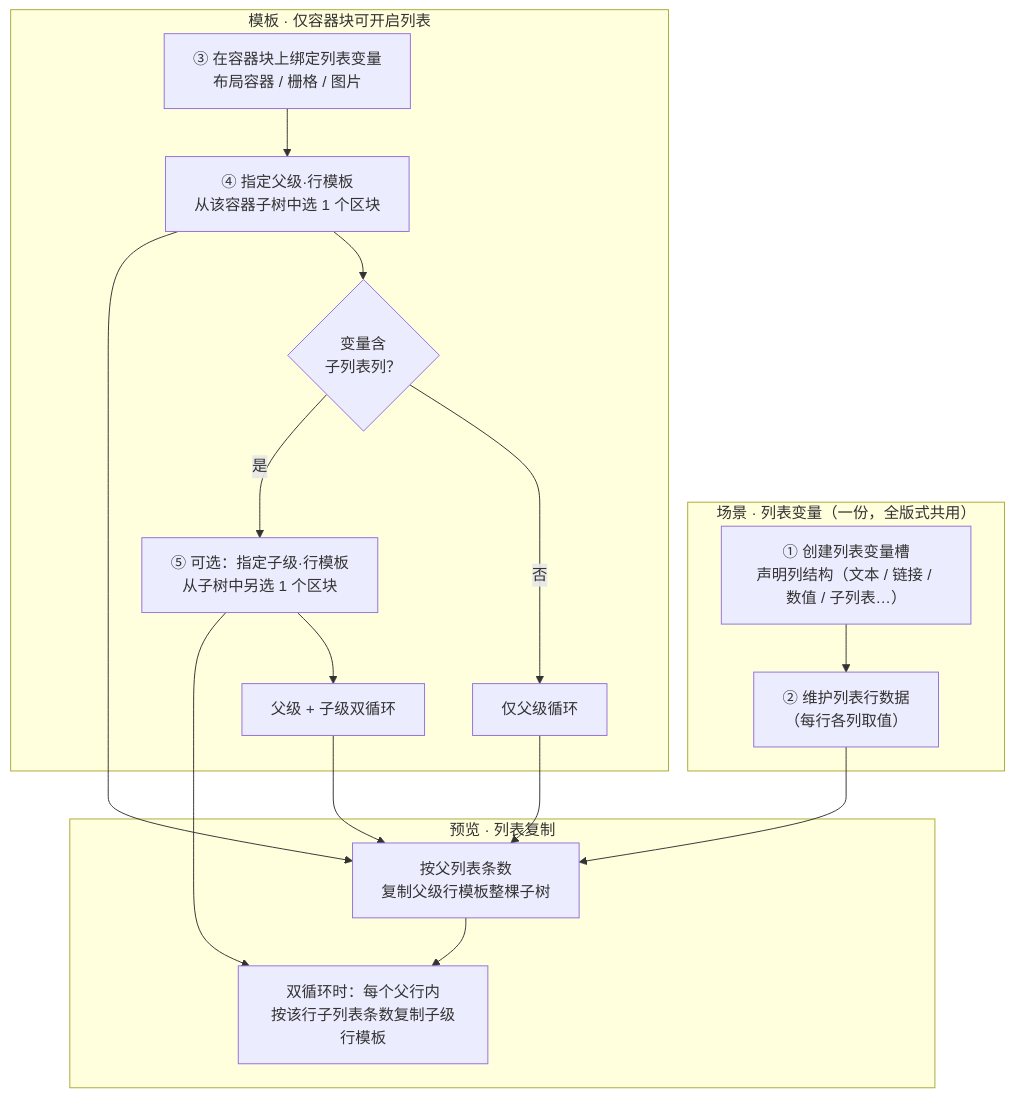
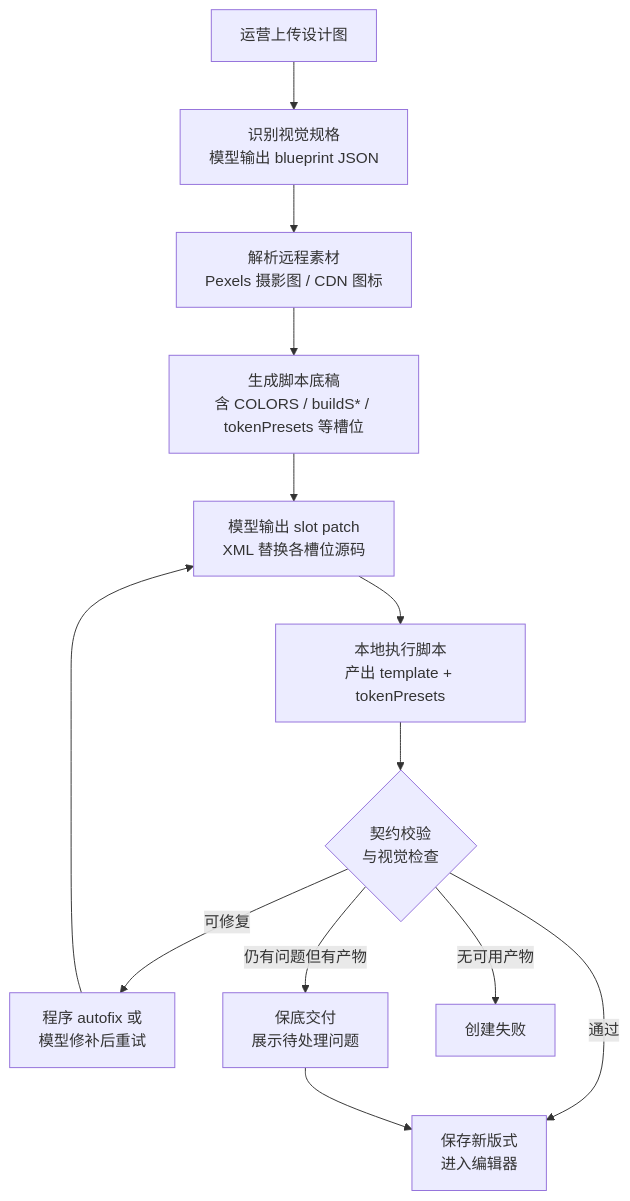
The diagram in docs/prd（old）.md (q346407440/emailbuilder3.0), drawn with Mermaid before and after one commit. The commit also changed other lines of this file and 542 other files, not shown here.

````diff
--- a/docs/prd（old）.md
+++ b/docs/prd（old）.md
@@ -606,29 +1183,15 @@
 ```mermaid
-flowchart TB
-  subgraph scene["场景 · 列表变量（一份，全版式共用）"]
-    A["① 创建列表变量槽<br/>声明列结构（文本 / 链接 / 数值 / 子列表…）"]
-    B["② 维护列表行数据<br/>（每行各列取值）"]
-    A --> B
-  end
-
-  subgraph host["模板 · 仅容器块可开启列表"]
-    C["③ 在容器块上绑定列表变量<br/>布局容器 / 栅格 / 图片"]
-    D["④ 指定父级·行模板<br/>从该容器子树中选 1 个区块"]
-    E{"变量含<br/>子列表列？"}
-    F["⑤ 可选：指定子级·行模板<br/>从子树中另选 1 个区块"]
-    C --> D --> E
-    E -->|否| G["仅父级循环"]
-    E -->|是| F --> H["父级 + 子级双循环"]
-  end
-
-  subgraph canvas["预览 · 列表复制"]
-    I["按父列表条数<br/>复制父级行模板整棵子树"]
-    J["双循环时：每个父行内<br/>按该行子列表条数复制子级行模板"]
-    G --> I
-    H --> I --> J
-  end
-
-  B --> I
-  D --> I
-  F --> J
+flowchart TD
+  A[运营上传设计图] --> B[识别视觉规格<br/>模型输出 blueprint JSON]
+  B --> C[解析远程素材<br/>Pexels 摄影图 / CDN 图标]
+  C --> D[生成脚本底稿<br/>含 COLORS / buildS* / tokenPresets 等槽位]
+  D --> E[模型输出 slot patch<br/>XML 替换各槽位源码]
+  E --> F[本地执行脚本<br/>产出 template + tokenPresets]
+  F --> G{契约校验<br/>与视觉检查}
+  G -->|通过| H[保存新版式<br/>进入编辑器]
+  G -->|可修复| I[程序 autofix 或<br/>模型修补后重试]
+  I --> E
+  G -->|仍有问题但有产物| J[保底交付<br/>展示待处理问题]
+  J --> H
+  G -->|无可用产物| K[创建失败]
 ```
````
